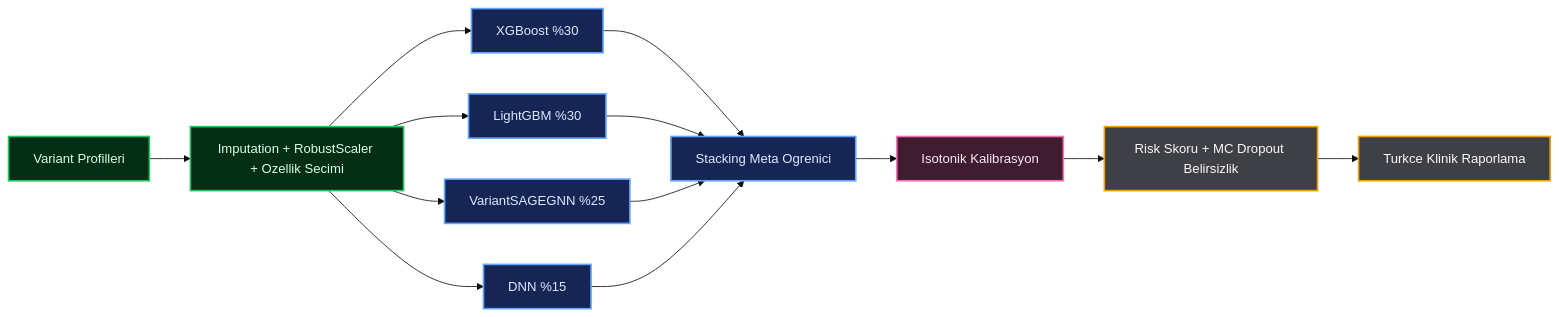
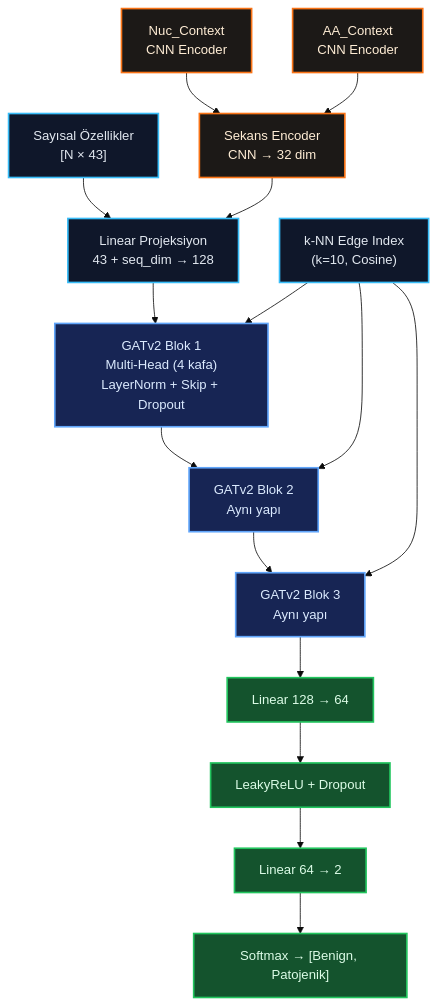
One commit to msgxr/VARIANT-GNN changed the third of 11 diagrams in README.md. Above: the diagram before and after it, drawn with Mermaid (base theme). The commit also changed other lines of this file, not shown here.

````diff
--- a/README.md
+++ b/README.md
@@ -52,22 +191,29 @@
 ```mermaid
-graph LR
-    classDef prep fill:#052e16,stroke:#22c55e,stroke-width:2px,color:#dcfce7
-    classDef model fill:#172554,stroke:#60a5fa,stroke-width:2px,color:#dbeafe
-    classDef post fill:#3f1d2e,stroke:#f472b6,stroke-width:2px,color:#fce7f3
-    classDef out fill:#3f3f46,stroke:#f59e0b,stroke-width:2px,color:#fafafa
+graph TB
+    classDef inp fill:#0f172a,stroke:#38bdf8,stroke-width:2px,color:#e2e8f0
+    classDef enc fill:#1c1917,stroke:#f97316,stroke-width:2px,color:#ffedd5
+    classDef gat fill:#172554,stroke:#60a5fa,stroke-width:2px,color:#dbeafe
+    classDef cls fill:#14532d,stroke:#22c55e,stroke-width:2px,color:#dcfce7
 
-    A["Variant Profilleri"]:::prep --> B["Imputation + RobustScaler + Ozellik Secimi"]:::prep
-    B --> C1["XGBoost %30"]:::model
-    B --> C2["LightGBM %30"]:::model
-    B --> C3["VariantSAGEGNN %25"]:::model
-    B --> C4["DNN %15"]:::model
+    NF["Sayısal Özellikler\n[N × 43]"]:::inp
+    NC["Nuc_Context\nCNN Encoder"]:::enc
+    AC["AA_Context\nCNN Encoder"]:::enc
 
-    C1 --> D["Stacking Meta Ogrenici"]:::model
-    C2 --> D
-    C3 --> D
-    C4 --> D
+    NF --> PROJ["Linear Projeksiyon\n43 + seq_dim → 128"]:::inp
+    NC --> SE["Sekans Encoder\nCNN → 32 dim"]:::enc
+    AC --> SE
+    SE --> PROJ
 
-    D --> E["Isotonik Kalibrasyon"]:::post
-    E --> F["Risk Skoru + MC Dropout Belirsizlik"]:::out
-    F --> G["Turkce Klinik Raporlama"]:::out
+    PROJ --> B1["GATv2 Blok 1\nMulti-Head (4 kafa)\nLayerNorm + Skip + Dropout"]:::gat
+    B1 --> B2["GATv2 Blok 2\nAynı yapı"]:::gat
+    B2 --> B3["GATv2 Blok 3\nAynı yapı"]:::gat
+
+    B3 --> C1["Linear 128 → 64"]:::cls
+    C1 --> C2["LeakyReLU + Dropout"]:::cls
+    C2 --> C3["Linear 64 → 2"]:::cls
+    C3 --> OUT["Softmax → [Benign, Patojenik]"]:::cls
+
+    EDGE["k-NN Edge Index\n(k=10, Cosine)"]:::inp --> B1
+    EDGE --> B2
+    EDGE --> B3
 ```
````
